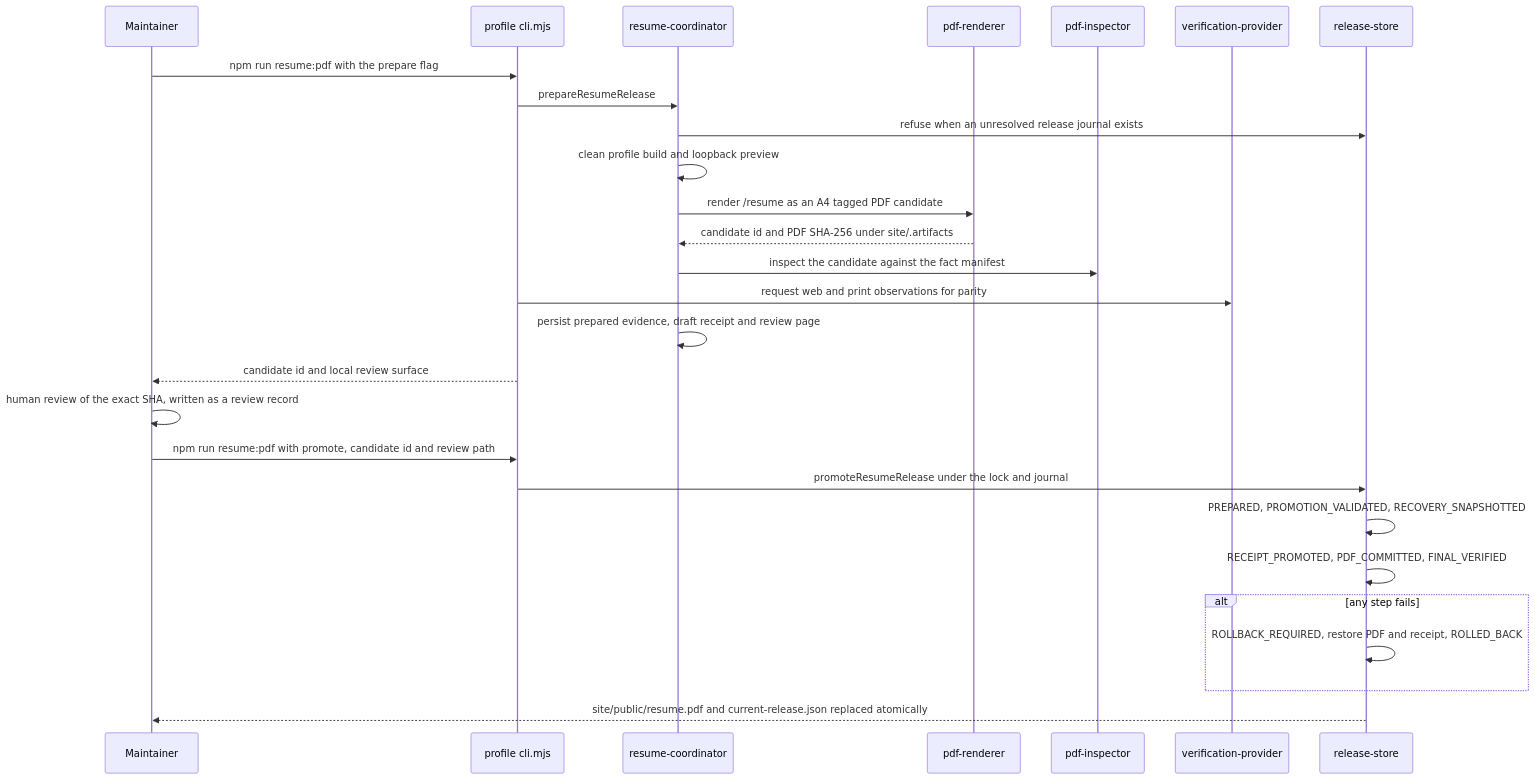
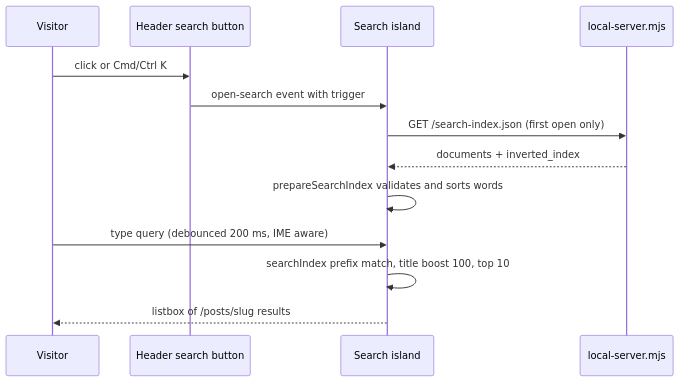
The fourth of 5 diagrams in aidlc/spaces/default/codekb/obsidian-blog/architecture.md (revenantonthemission/obsidian-custom-publish), drawn with Mermaid before and after one commit. The commit also changed other lines of this file and 223 other files, not shown here.

````diff
--- a/aidlc/spaces/default/codekb/obsidian-blog/architecture.md
+++ b/aidlc/spaces/default/codekb/obsidian-blog/architecture.md
@@ -314,29 +161,15 @@
 ```mermaid
 sequenceDiagram
-  participant U as Maintainer
-  participant L as profile cli.mjs
-  participant C as resume-coordinator
-  participant N as pdf-renderer
-  participant I as pdf-inspector
-  participant V as verification-provider
-  participant S as release-store
-  U->>L: npm run resume:pdf with the prepare flag
-  L->>C: prepareResumeRelease
-  C->>S: refuse when an unresolved release journal exists
-  C->>C: clean profile build and loopback preview
-  C->>N: render /resume as an A4 tagged PDF candidate
-  N-->>C: candidate id and PDF SHA-256 under site/.artifacts
-  C->>I: inspect the candidate against the fact manifest
-  L->>V: request web and print observations for parity
-  C->>C: persist prepared evidence, draft receipt and review page
-  L-->>U: candidate id and local review surface
-  U->>U: human review of the exact SHA, written as a review record
-  U->>L: npm run resume:pdf with promote, candidate id and review path
-  L->>S: promoteResumeRelease under the lock and journal
-  S->>S: PREPARED, PROMOTION_VALIDATED, RECOVERY_SNAPSHOTTED
-  S->>S: RECEIPT_PROMOTED, PDF_COMMITTED, FINAL_VERIFIED
-  alt any step fails
-    S->>S: ROLLBACK_REQUIRED, restore PDF and receipt, ROLLED_BACK
-  end
-  S-->>U: site/public/resume.pdf and current-release.json replaced atomically
+  participant U as Visitor
+  participant H as Header search button
+  participant S as Search island
+  participant L as local-server.mjs
+  U->>H: click or Cmd/Ctrl K
+  H->>S: open-search event with trigger
+  S->>L: GET /search-index.json (first open only)
+  L-->>S: documents + inverted_index
+  S->>S: prepareSearchIndex validates and sorts words
+  U->>S: type query (debounced 200 ms, IME aware)
+  S->>S: searchIndex prefix match, title boost 100, top 10
+  S-->>U: listbox of /posts/slug results
 ```
````
